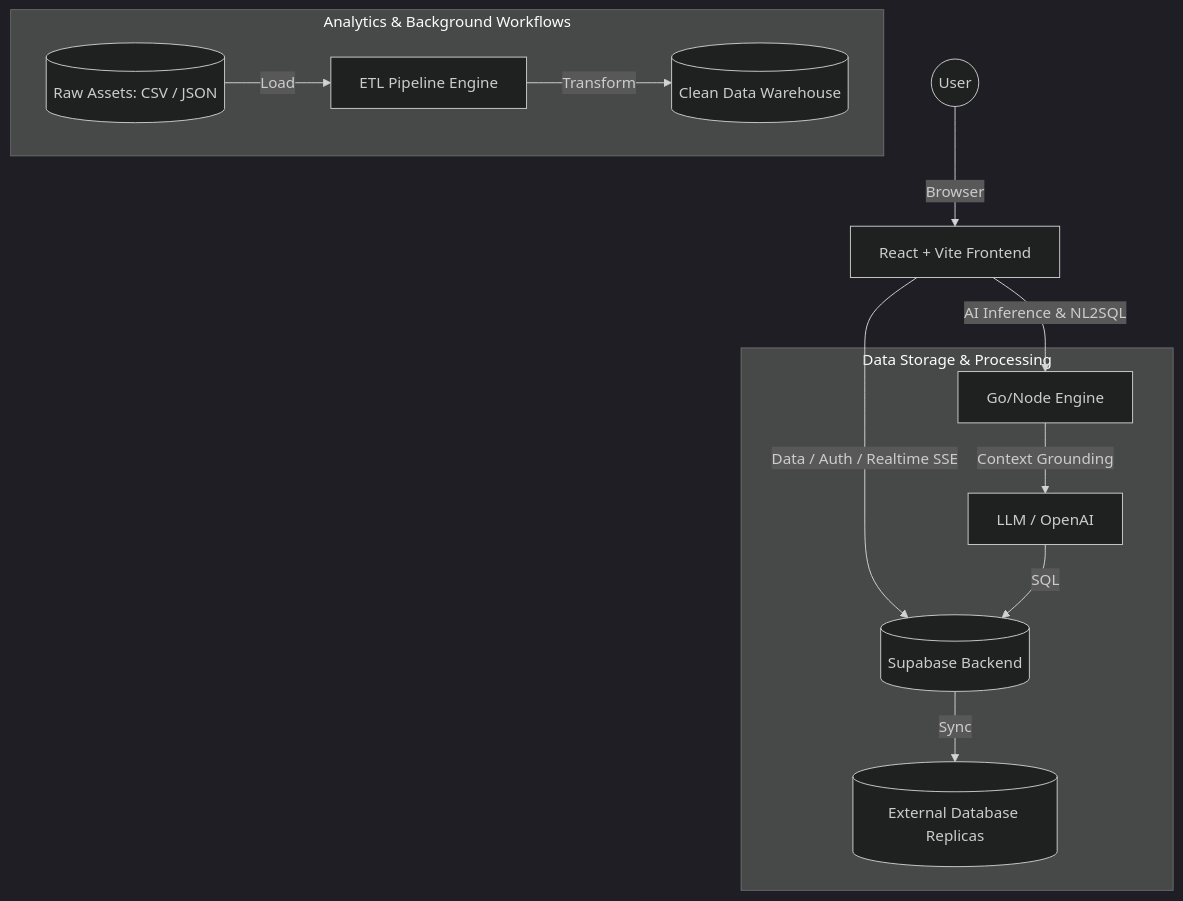
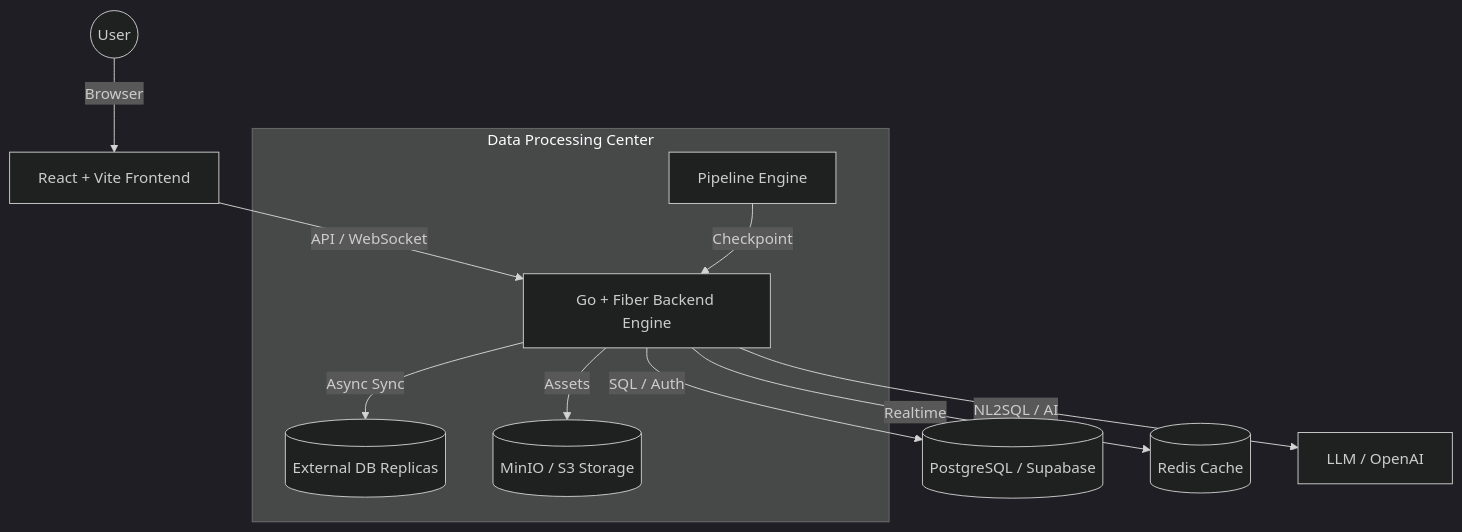
The diagram in README.md (yogisyahroni/TOOLS_BI), drawn with Mermaid (dark theme) before and after one commit. The commit also changed other lines of this file, not shown here.

Commit message:
docs: final polish for Neuradash branding, architecture, and tech specs alignment

````diff
--- a/README.md
+++ b/README.md
@@ -72,17 +72,14 @@
 ```mermaid
 graph TD
     User((User)) -->|Browser| FE[React + Vite Frontend]
-    FE -->|Data / Auth / Realtime SSE| Supabase[(Supabase Backend)]
-    FE -->|AI Inference & NL2SQL| API[Go/Node Engine]
+    FE -->|API / WebSocket| BE[Go + Fiber Backend Engine]
+    BE -->|SQL / Auth| DB[(PostgreSQL / Supabase)]
+    BE -->|Realtime| Redis[(Redis Cache)]
+    BE -->|NL2SQL / AI| LLM[LLM / OpenAI]
     
-    subgraph "Data Storage & Processing"
-        API -->|Context Grounding| LLM[LLM / OpenAI]
-        LLM -->|SQL| Supabase
-        Supabase -->|Sync| ExtDB[(External Database Replicas)]
-    end
-    
-    subgraph "Analytics & Background Workflows"
-        ExtData[(Raw Assets: CSV / JSON)] -->|Load| ETL[ETL Pipeline Engine]
-        ETL -->|Transform| Warehouse[(Clean Data Warehouse)]
+    subgraph "Data Processing Center"
+        ETL[Pipeline Engine] -->|Checkpoint| BE
+        BE -->|Async Sync| ExtDB[(External DB Replicas)]
+        BE -->|Assets| S3[(MinIO / S3 Storage)]
     end
 ```
````
